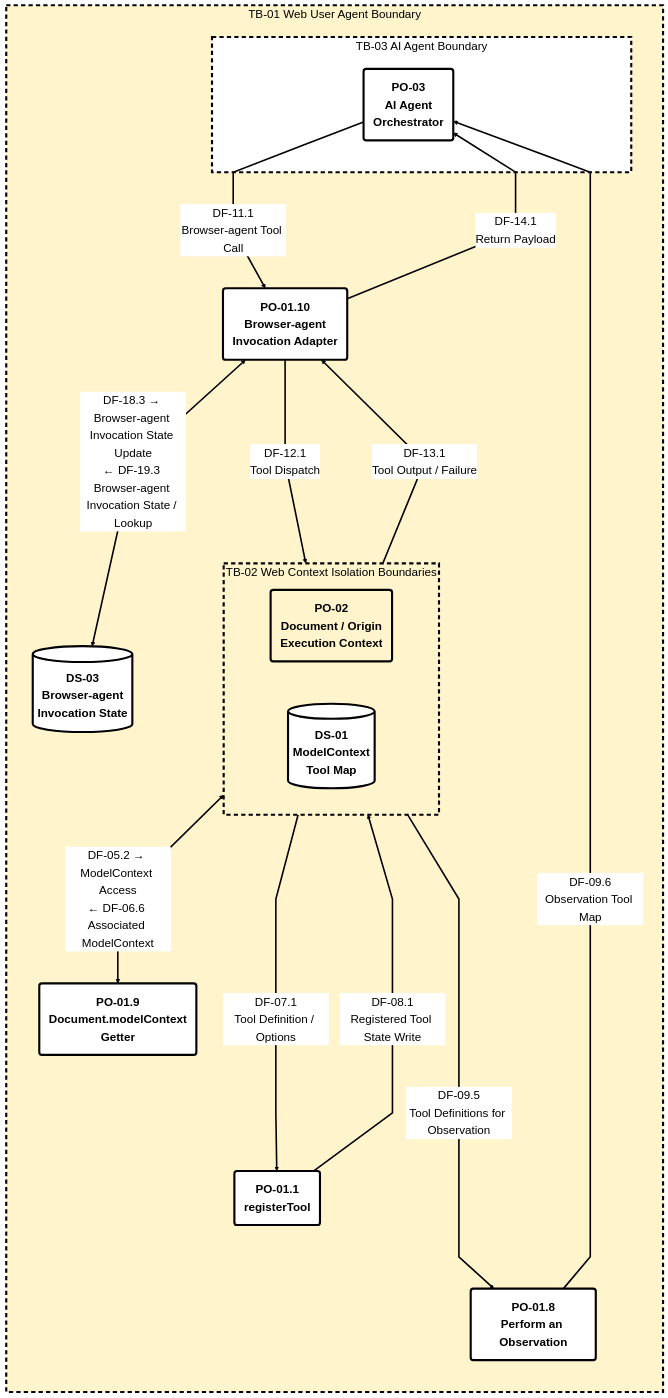
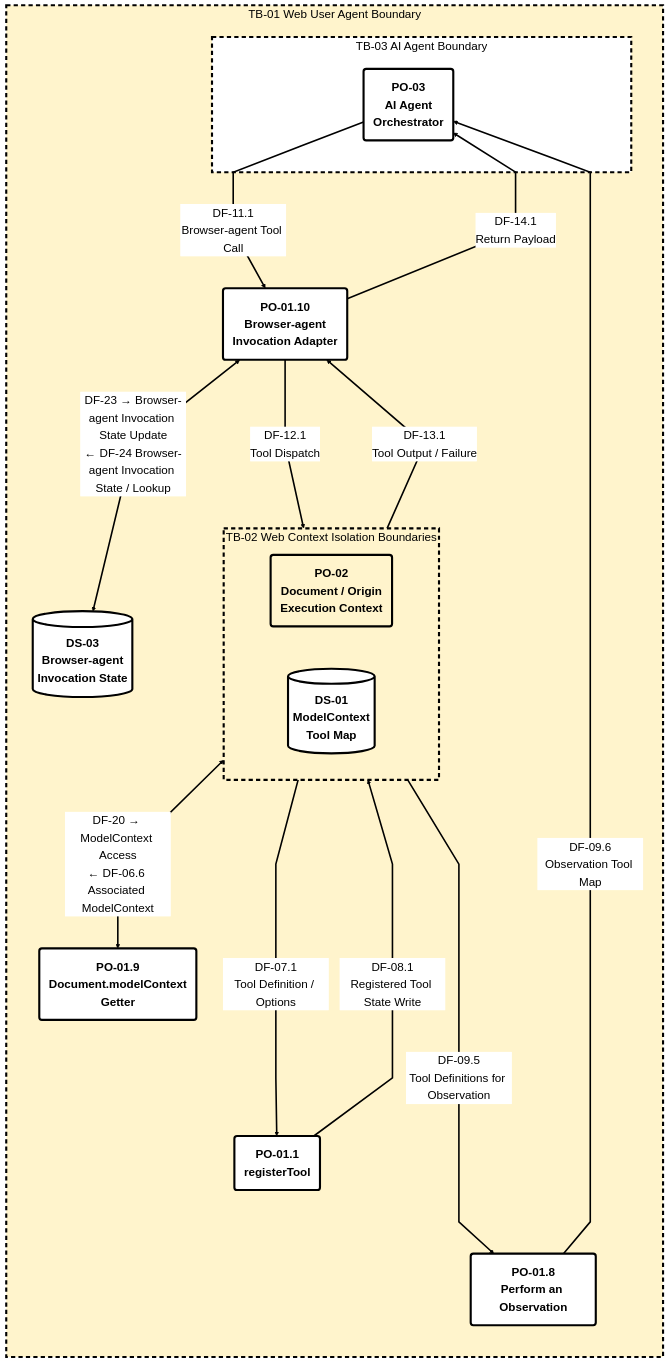
One commit to simoneonofri/threat-model-webmcp changed the diagram in images/webmcp-l1-methods-level.mmd. Above: the diagram before and after it, drawn with Mermaid. The commit also changed 4 other files, not shown here.

Commit message:
Fix L1 data flow IDs and mappings

```diff
--- a/images/webmcp-l1-methods-level.mmd
+++ b/images/webmcp-l1-methods-level.mmd
@@ -1,55 +1,55 @@
 %%{init: {"theme":"base","themeCSS":".nodeLabel,.edgeLabel,.cluster-label,.label{font-family:Arial,sans-serif!important;font-weight:bold!important;}","flowchart":{"defaultRenderer":"dagre","htmlLabels":true,"curve":"linear","nodeSpacing":80,"rankSpacing":95,"padding":18},"themeVariables":{"fontFamily":"Arial, sans-serif","fontSize":"22px","primaryColor":"#fff","primaryTextColor":"#000","primaryBorderColor":"#000","lineColor":"#000","secondaryColor":"#fff","tertiaryColor":"#fff","edgeLabelBackground":"#fff","clusterBkg":"#fff","clusterBorder":"#000"}}}%%
 flowchart TB
 
   subgraph TB1_BrowserBoundary["TB-01 Web User Agent Boundary"]
     direction TB
 
     subgraph TB2_WebContextIsolation["TB-02 Web Context Isolation Boundaries"]
       direction LR
       PO2_DocumentOriginContext(PO-02<br/>Document / Origin<br/>Execution Context)
       DS1_ModelContextToolMap[(DS-01<br/>ModelContext<br/>Tool Map)]
     end
 
     PO19_ModelContextGetter(PO-01.9<br/>Document.modelContext<br/>Getter)
     PO11_RegisterTool(PO-01.1<br/>registerTool)
     PO18_PerformObservation(PO-01.8<br/>Perform an Observation)
     PO110_BrowserAgentInvocation(PO-01.10<br/>Browser-agent<br/>Invocation Adapter)
     DS3_BrowserAgentInvocationState[(DS-03<br/>Browser-agent<br/>Invocation State)]
 
     subgraph TB3_AIAgentBoundary["TB-03 AI Agent Boundary"]
       PO3_AIAgentOrchestrator(PO-03<br/>AI Agent<br/>Orchestrator)
     end
 
     %% Non-semantic, invisible layout constraints only.
     PO19_ModelContextGetter ~~~ PO11_RegisterTool
     PO11_RegisterTool ~~~ PO18_PerformObservation
     PO18_PerformObservation ~~~ PO110_BrowserAgentInvocation
     PO110_BrowserAgentInvocation ~~~ DS3_BrowserAgentInvocationState
   end
 
-  PO2_DocumentOriginContext <==>|DF-05.2 → ModelContext Access<br/>← DF-06.6 Associated ModelContext| PO19_ModelContextGetter
+  PO2_DocumentOriginContext <==>|DF-20 → ModelContext Access<br/>← DF-06.6 Associated ModelContext| PO19_ModelContextGetter
 
   PO2_DocumentOriginContext ==>|DF-07.1<br/>Tool Definition / Options| PO11_RegisterTool
   PO11_RegisterTool ==>|DF-08.1<br/>Registered Tool State Write| DS1_ModelContextToolMap
 
   DS1_ModelContextToolMap ==>|DF-09.5<br/>Tool Definitions for Observation| PO18_PerformObservation
   PO18_PerformObservation ==>|DF-09.6<br/>Observation Tool Map| PO3_AIAgentOrchestrator
 
   PO3_AIAgentOrchestrator ==>|DF-11.1<br/>Browser-agent Tool Call| PO110_BrowserAgentInvocation
   PO110_BrowserAgentInvocation ==>|DF-12.1<br/>Tool Dispatch| PO2_DocumentOriginContext
   PO2_DocumentOriginContext ==>|DF-13.1<br/>Tool Output / Failure| PO110_BrowserAgentInvocation
   PO110_BrowserAgentInvocation ==>|DF-14.1<br/>Return Payload| PO3_AIAgentOrchestrator
-  PO110_BrowserAgentInvocation <==>|DF-18.3 → Browser-agent Invocation State Update<br/>← DF-19.3 Browser-agent Invocation State / Lookup| DS3_BrowserAgentInvocationState
+  PO110_BrowserAgentInvocation <==>|DF-23 → Browser-agent Invocation State Update<br/>← DF-24 Browser-agent Invocation State / Lookup| DS3_BrowserAgentInvocationState
 
   classDef default fill:#fff,stroke:#000,stroke-width:4px,color:#000,font-size:22px,font-weight:bold,font-family:Arial
   classDef generic fill:#fff4cc,stroke:#000,stroke-width:4px,color:#000,font-size:22px,font-weight:bold,font-family:Arial
 
   class PO2_DocumentOriginContext generic
 
   style TB1_BrowserBoundary fill:#fff4cc,stroke:#000000,stroke-width:4px,stroke-dasharray:8 6,color:#000000
   style TB2_WebContextIsolation fill:#fff4cc,stroke:#000000,stroke-width:4px,stroke-dasharray:8 6,color:#000000
   style TB3_AIAgentBoundary fill:#ffffff,stroke:#000000,stroke-width:4px,stroke-dasharray:8 6,color:#000000
 
   linkStyle default stroke:#000,stroke-width:3px,color:#000
   linkStyle 0,1,2,3 stroke-width:0px,opacity:0
   linkStyle 4,5,6,7,8,9,10,11,12 stroke:#000,stroke-width:3px,color:#000
```
